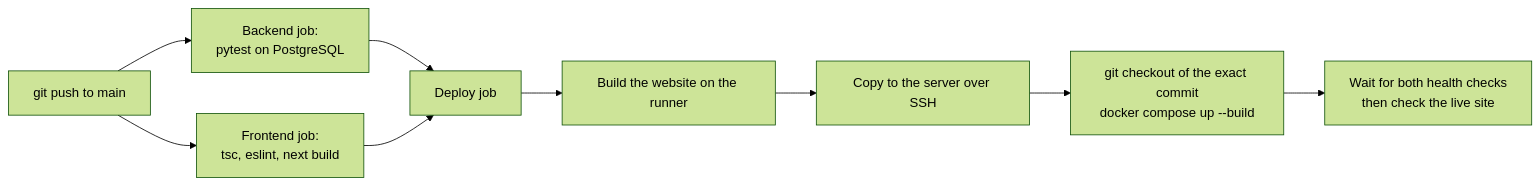
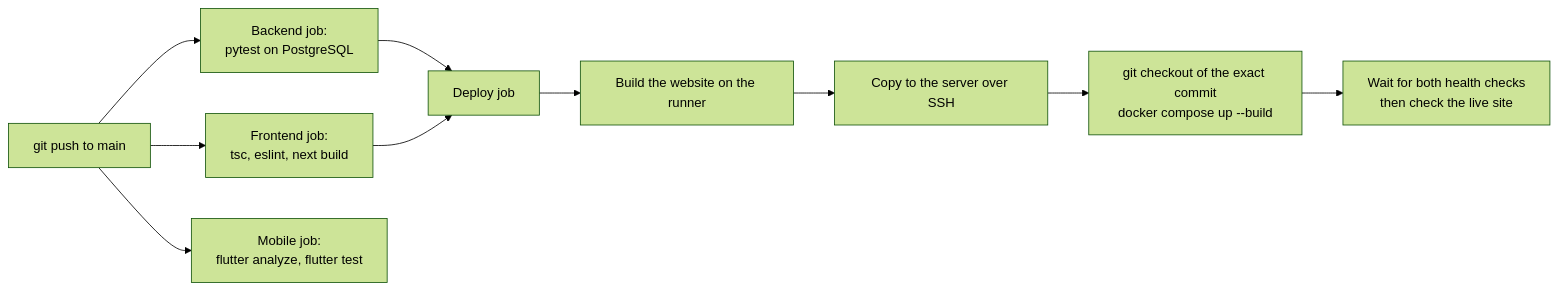
One commit to Abh1shxkk/svsu-knowledge-assistant changed the second of 2 diagrams in README.md. Above: the diagram before and after it, drawn with Mermaid (forest theme). The commit also changed other lines of this file and 4 other files, not shown here.

````diff
--- a/README.md
+++ b/README.md
@@ -104,11 +127,12 @@
 ```mermaid
 flowchart LR
   P[git push to main] --> T1[Backend job:<br/>pytest on PostgreSQL]
   P --> T2[Frontend job:<br/>tsc, eslint, next build]
+  P --> T3[Mobile job:<br/>flutter analyze, flutter test]
   T1 --> D[Deploy job]
   T2 --> D
   D --> B[Build the website on the runner]
   B --> U[Copy to the server over SSH]
   U --> C[git checkout of the exact commit<br/>docker compose up --build]
   C --> H[Wait for both health checks<br/>then check the live site]
 ```
````
